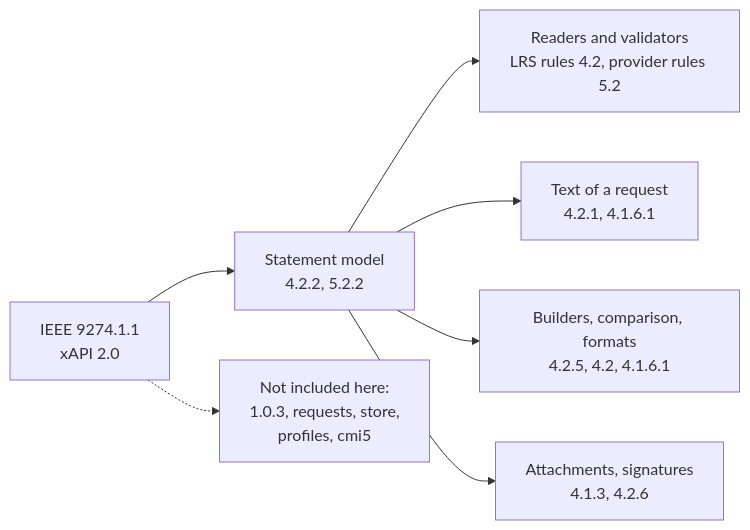
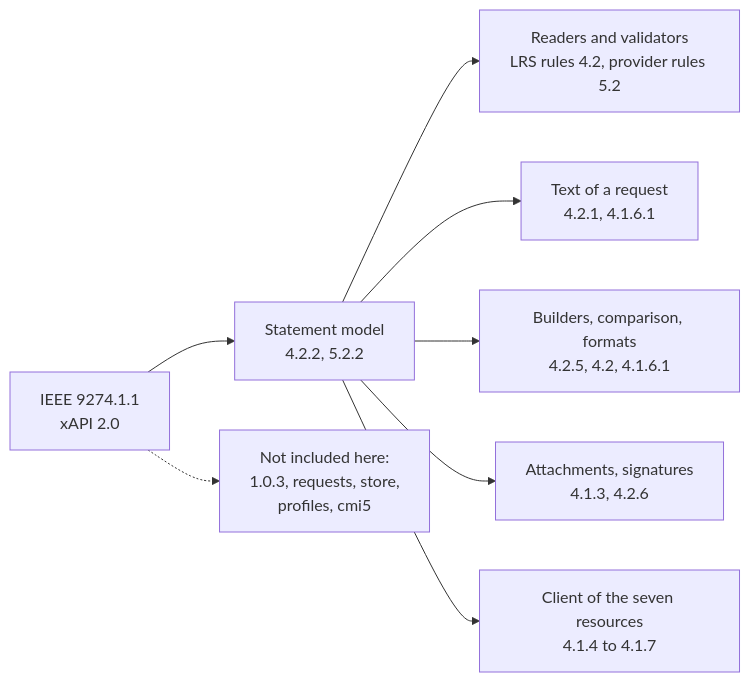
Before and after one commit to interopkit/interopkit: the diagram in docs/learning-records/supported.md, drawn with Mermaid. The commit also changed other lines of this file and 46 other files, not shown here.

````diff
--- a/docs/learning-records/supported.md
+++ b/docs/learning-records/supported.md
@@ -6,9 +6,10 @@
 ```mermaid
 flowchart LR
   spec["IEEE 9274.1.1<br/>xAPI 2.0"] --> model["Statement model<br/>4.2.2, 5.2.2"]
   model --> read["Readers and validators<br/>LRS rules 4.2, provider rules 5.2"]
   model --> text["Text of a request<br/>4.2.1, 4.1.6.1"]
   model --> build["Builders, comparison, formats<br/>4.2.5, 4.2, 4.1.6.1"]
   model --> attach["Attachments, signatures<br/>4.1.3, 4.2.6"]
+  model --> client["Client of the seven resources<br/>4.1.4 to 4.1.7"]
   spec -.-> outside["Not included here:<br/>1.0.3, requests, store,<br/>profiles, cmi5"]
 ```
````
